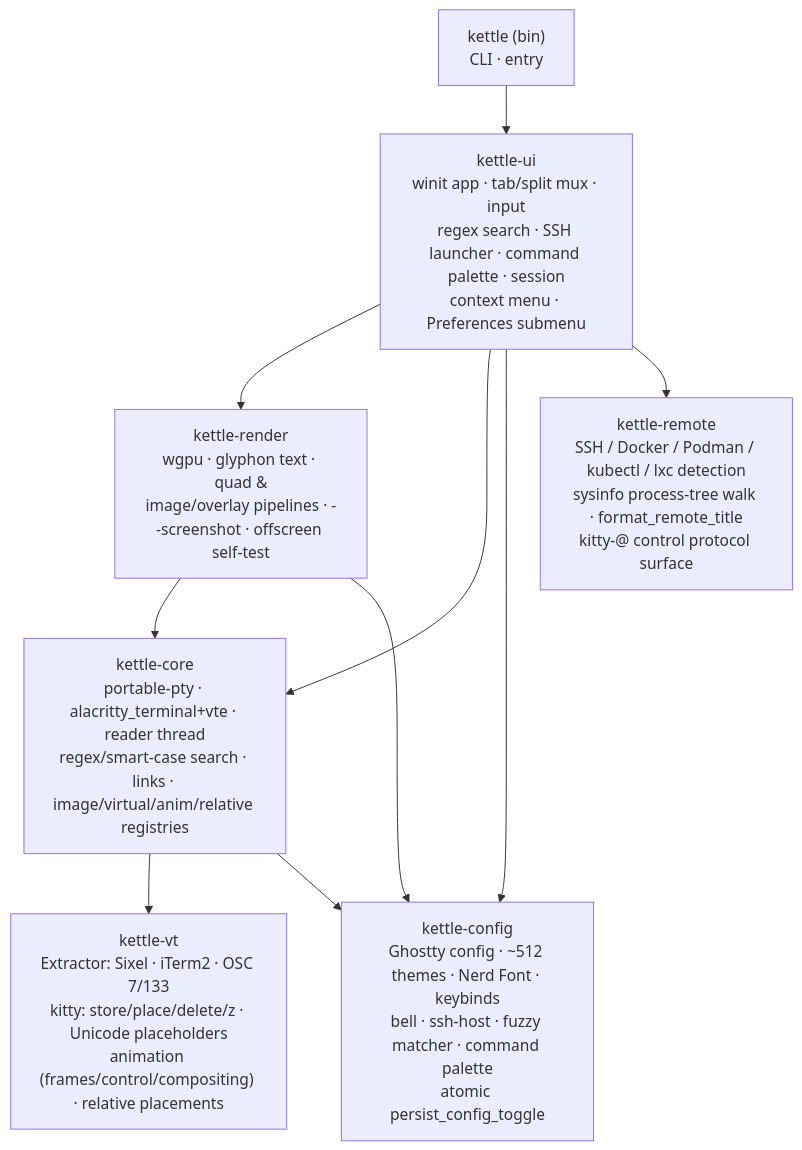
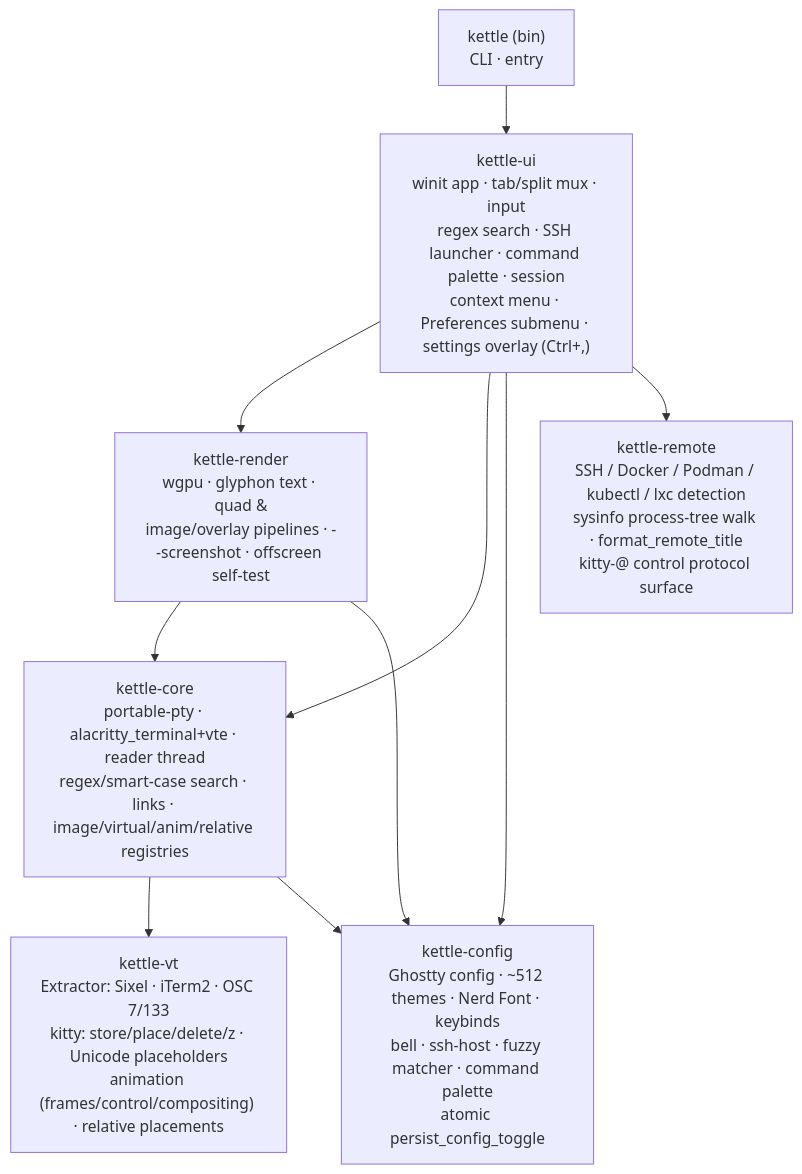
The first of 8 diagrams in docs/ARCHITECTURE.md (Reddimus/kettle), drawn with Mermaid before and after one commit. The commit also changed other lines of this file and 7 other files, not shown here.

First line of the commit message:
docs: getting-started + settings guides; mermaid + roadmap (cycle 757)

````diff
--- a/docs/ARCHITECTURE.md
+++ b/docs/ARCHITECTURE.md
@@ -10,15 +10,15 @@
 ```mermaid
 graph TD
     bin["kettle (bin)<br/>CLI · entry"] --> ui
-    ui["kettle-ui<br/>winit app · tab/split mux · input<br/>regex search · SSH launcher · command palette · session<br/>context menu · Preferences submenu"] --> render
+    ui["kettle-ui<br/>winit app · tab/split mux · input<br/>regex search · SSH launcher · command palette · session<br/>context menu · Preferences submenu · settings overlay (Ctrl+,)"] --> render
     ui --> core
     ui --> cfg
     ui --> remote
     render["kettle-render<br/>wgpu · glyphon text · quad &<br/>image/overlay pipelines · --screenshot · offscreen self-test"] --> core
     render --> cfg
     core["kettle-core<br/>portable-pty · alacritty_terminal+vte · reader thread<br/>regex/smart-case search · links · image/virtual/anim/relative registries"] --> vt
     core --> cfg
     cfg["kettle-config<br/>Ghostty config · ~512 themes · Nerd Font · keybinds<br/>bell · ssh-host · fuzzy matcher · command palette<br/>atomic persist_config_toggle"]
     vt["kettle-vt<br/>Extractor: Sixel · iTerm2 · OSC 7/133<br/>kitty: store/place/delete/z · Unicode placeholders<br/>animation (frames/control/compositing) · relative placements"]
     remote["kettle-remote<br/>SSH / Docker / Podman / kubectl / lxc detection<br/>sysinfo process-tree walk · format_remote_title<br/>kitty-@ control protocol surface"]
 ```
````
